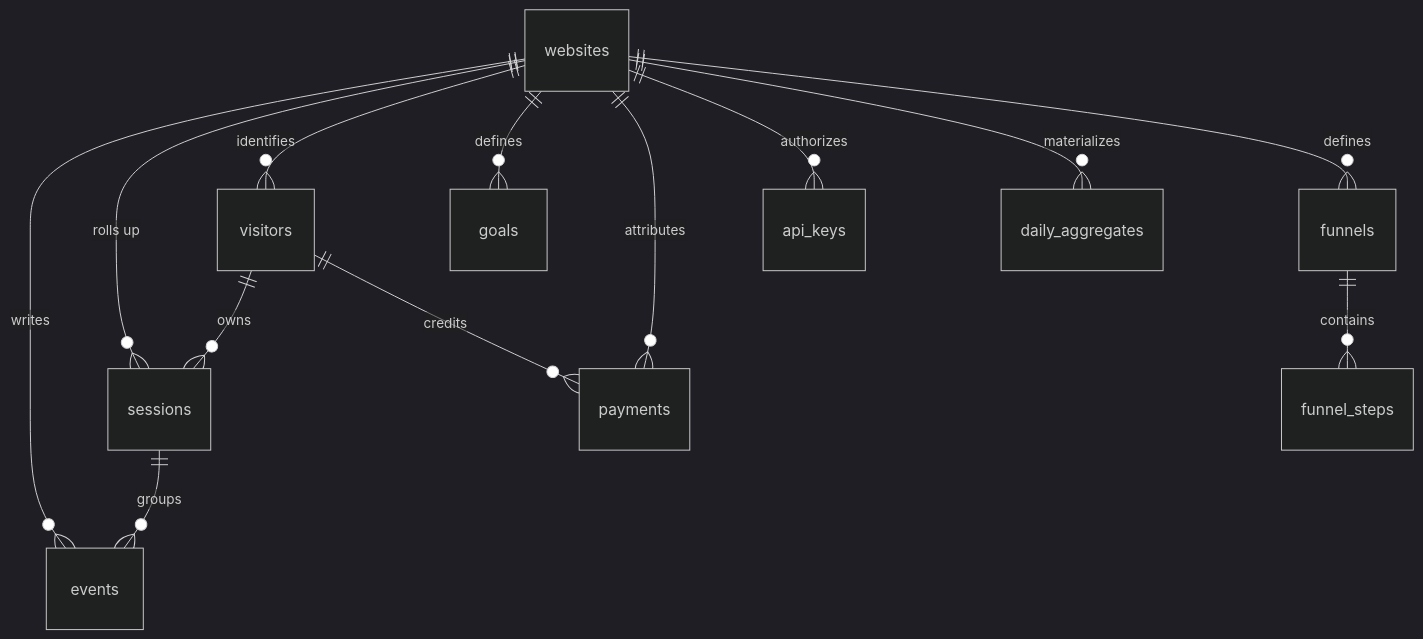
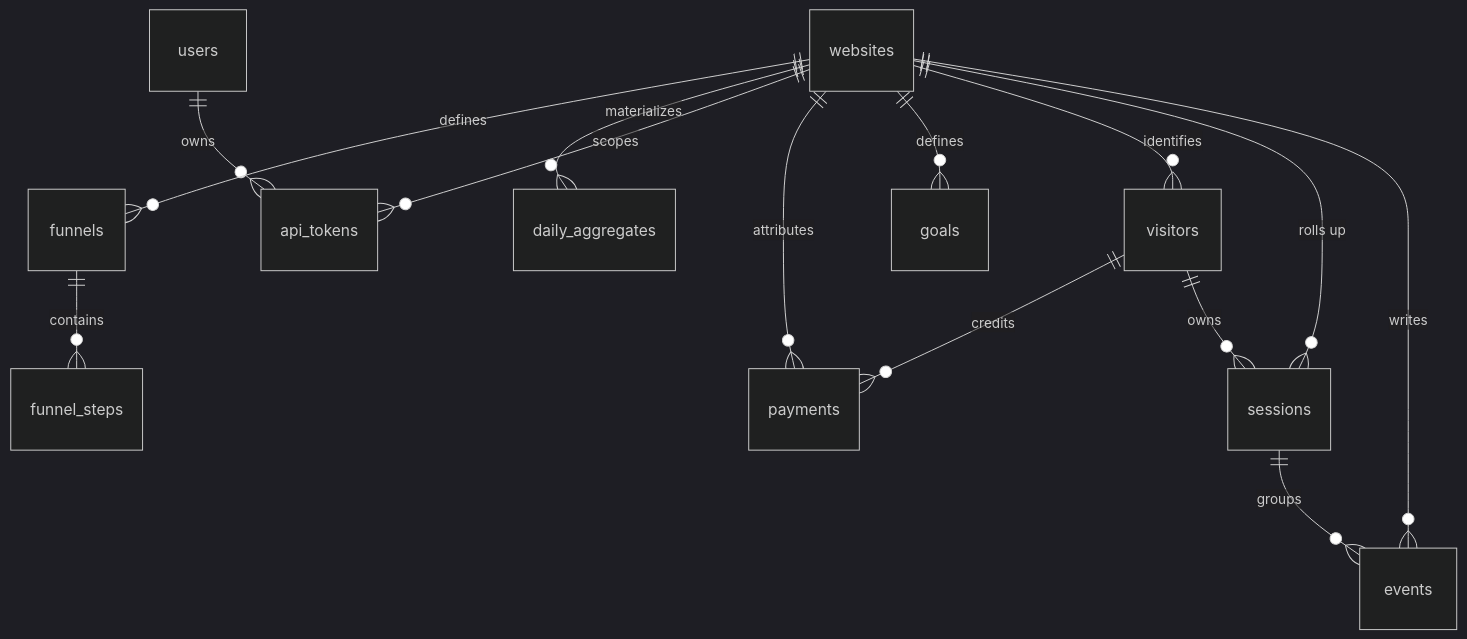
The diagram in design/worker.md (sarequl/datagoat), drawn with Mermaid (dark theme) before and after one commit. The commit also changed other lines of this file, not shown here.

Commit message:
Freeze D6: rename api_keys to api_tokens (dg_read_/dg_ingest_/dgt_)

````diff
--- a/design/worker.md
+++ b/design/worker.md
@@ -41,15 +41,16 @@
 ```mermaid
 erDiagram
     websites ||--o{ events : "writes"
     websites ||--o{ sessions : "rolls up"
     websites ||--o{ visitors : "identifies"
     websites ||--o{ goals : "defines"
     websites ||--o{ payments : "attributes"
-    websites ||--o{ api_keys : "authorizes"
+    users        ||--o{ api_tokens : "owns"
+    websites     ||--o{ api_tokens : "scopes"
     websites ||--o{ daily_aggregates : "materializes"
     websites ||--o{ funnels : "defines"
     funnels ||--o{ funnel_steps : "contains"
     sessions ||--o{ events : "groups"
     visitors ||--o{ sessions : "owns"
     visitors ||--o{ payments : "credits"
 ```
````
